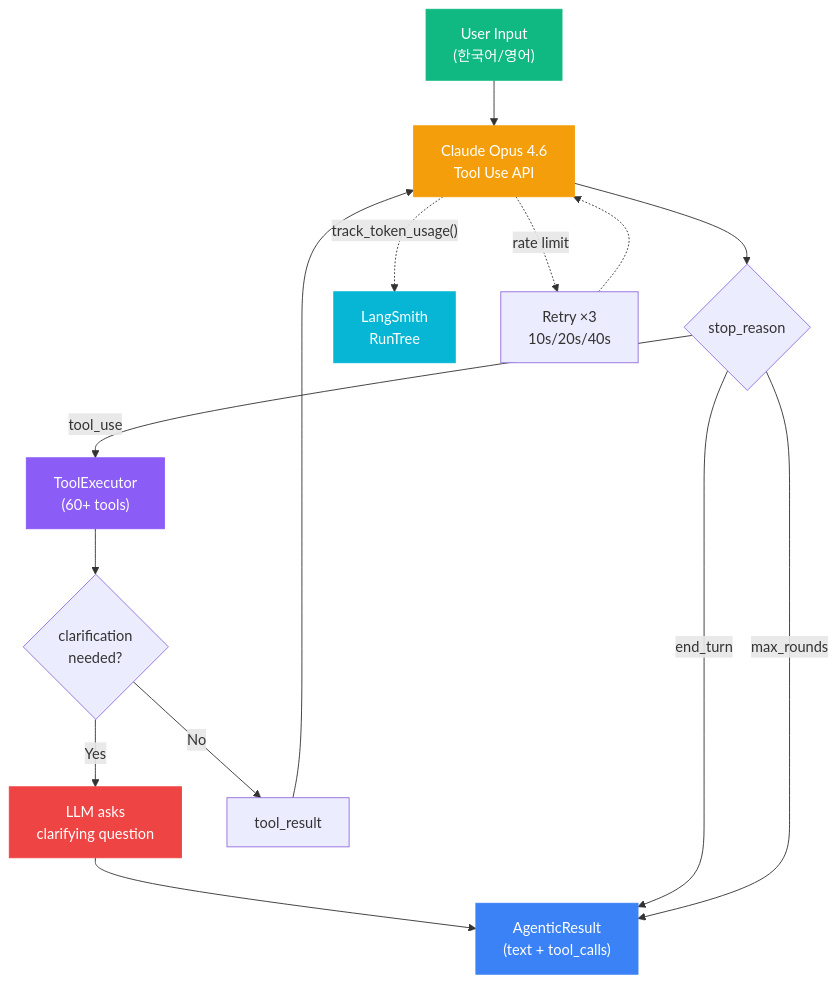
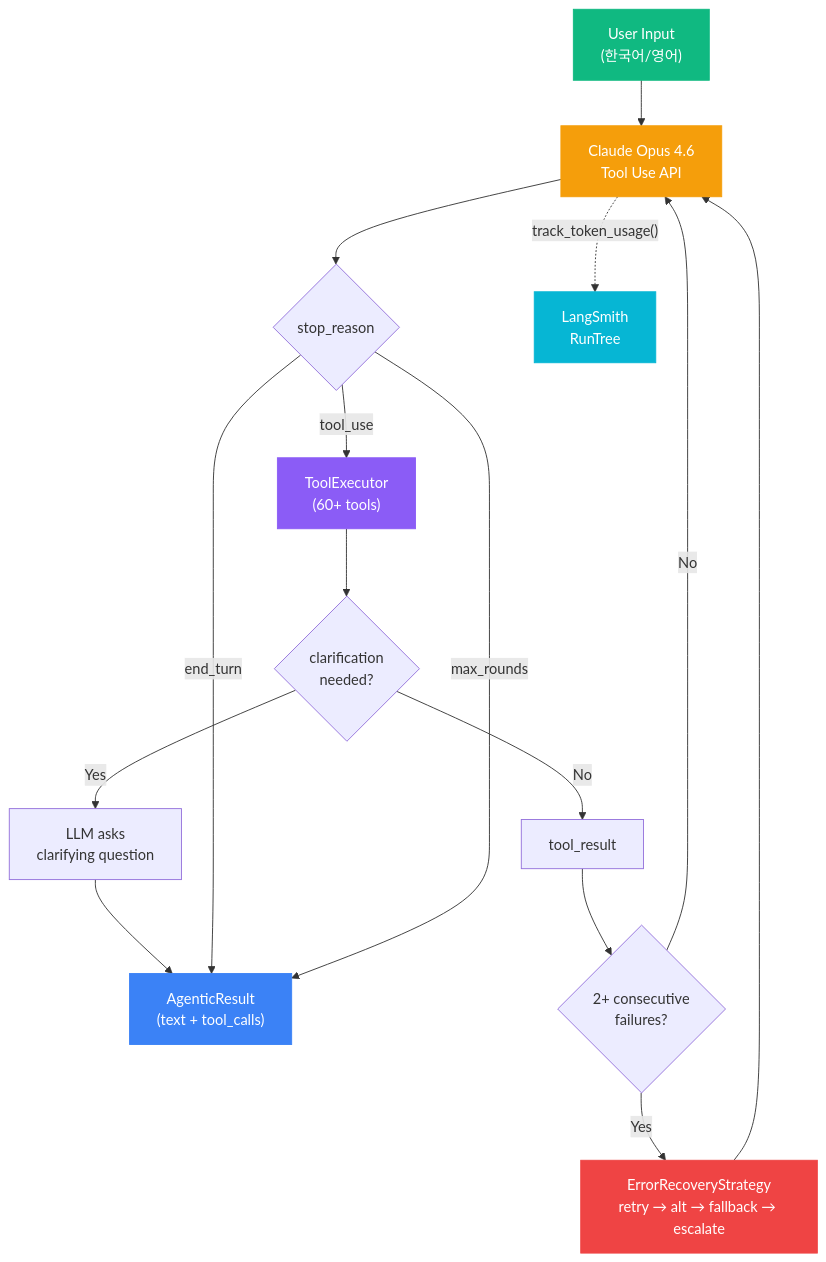
One commit to mangowhoiscloud/geode changed the second of 11 diagrams in README.md. Above: the diagram before and after it, drawn with Mermaid. The commit also changed other lines of this file, not shown here.

````diff
--- a/README.md
+++ b/README.md
@@ -230,24 +141,25 @@
 ```mermaid
 graph TB
     Input["User Input<br/>(한국어/영어)"] --> LLM["Claude Opus 4.6<br/>Tool Use API"]
     LLM --> Decision{stop_reason}
     Decision -->|tool_use| Exec["ToolExecutor<br/>(60+ tools)"]
     Exec --> Check{clarification<br/>needed?}
     Check -->|Yes| Clarify["LLM asks<br/>clarifying question"]
     Clarify --> Output
     Check -->|No| Results["tool_result"]
-    Results --> LLM
+    Results --> Recovery{"2+ consecutive<br/>failures?"}
+    Recovery -->|Yes| ER["ErrorRecoveryStrategy<br/>retry → alt → fallback → escalate"]
+    ER --> LLM
+    Recovery -->|No| LLM
     Decision -->|end_turn| Output["AgenticResult<br/>(text + tool_calls)"]
     Decision -->|max_rounds| Output
 
     LLM -.->|"track_token_usage()"| LS["LangSmith<br/>RunTree"]
-    LLM -.->|"rate limit"| Retry["Retry ×3<br/>10s/20s/40s"]
-    Retry -.-> LLM
 
     style Input fill:#10b981,stroke:#10b981,color:#fff
     style Output fill:#3b82f6,stroke:#3b82f6,color:#fff
     style LLM fill:#f59e0b,stroke:#f59e0b,color:#fff
     style Exec fill:#8b5cf6,stroke:#8b5cf6,color:#fff
     style LS fill:#06b6d4,stroke:#06b6d4,color:#fff
-    style Clarify fill:#ef4444,stroke:#ef4444,color:#fff
+    style ER fill:#ef4444,stroke:#ef4444,color:#fff
 ```
````
